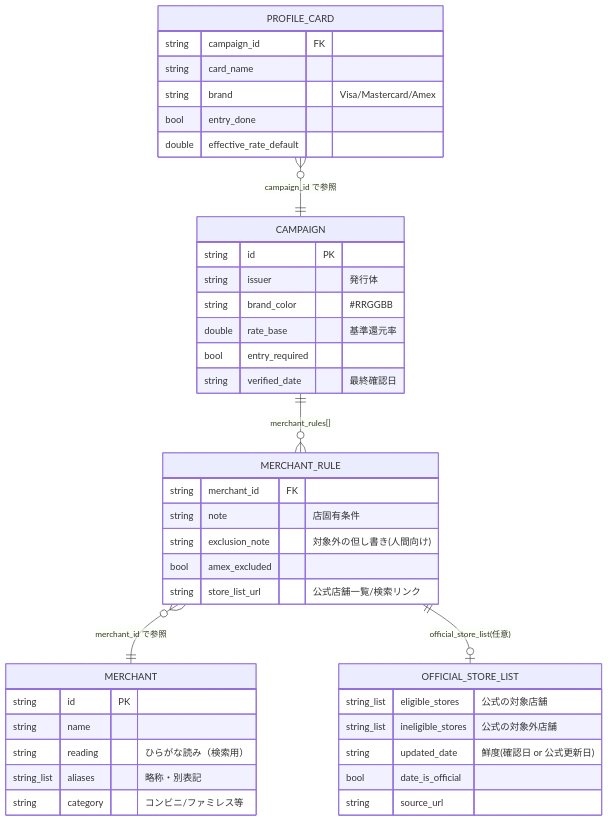
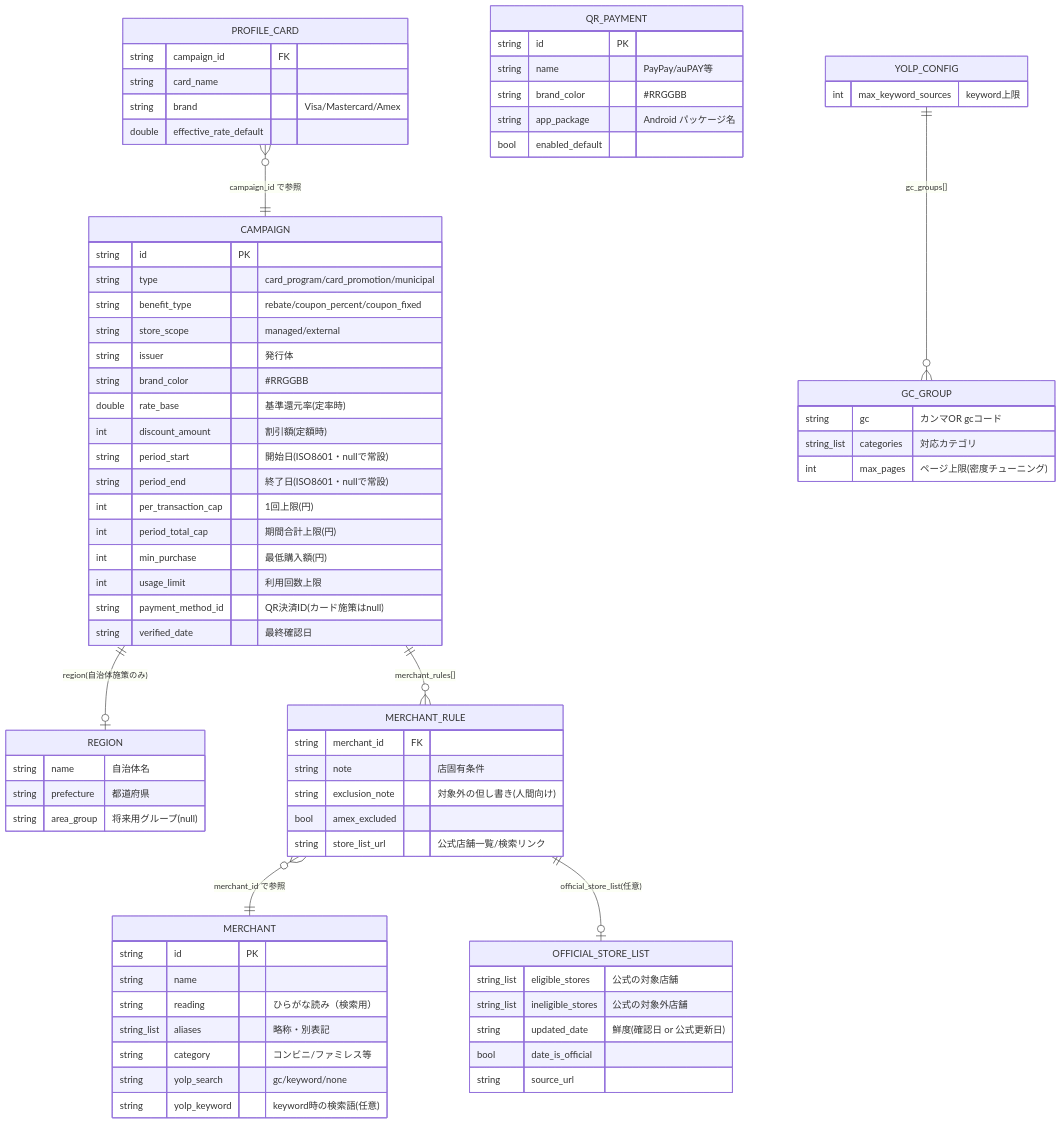
Before and after one commit to ktakjm/poikatsu: the second of 6 diagrams in docs/code-guide.md, drawn with Mermaid. The commit also changed other lines of this file and 10 other files, not shown here.

````diff
--- a/docs/code-guide.md
+++ b/docs/code-guide.md
@@ -126,43 +126,76 @@
 ```mermaid
 erDiagram
     MERCHANT {
         string id PK
         string name
         string reading "ひらがな読み（検索用）"
         string_list aliases "略称・別表記"
         string category "コンビニ/ファミレス等"
+        string yolp_search "gc/keyword/none"
+        string yolp_keyword "keyword時の検索語(任意)"
     }
     CAMPAIGN {
         string id PK
+        string type "card_program/card_promotion/municipal"
+        string benefit_type "rebate/coupon_percent/coupon_fixed"
+        string store_scope "managed/external"
         string issuer "発行体"
         string brand_color "#RRGGBB"
-        double rate_base "基準還元率"
-        bool entry_required
+        double rate_base "基準還元率(定率時)"
+        int discount_amount "割引額(定額時)"
+        string period_start "開始日(ISO8601・nullで常設)"
+        string period_end "終了日(ISO8601・nullで常設)"
+        int per_transaction_cap "1回上限(円)"
+        int period_total_cap "期間合計上限(円)"
+        int min_purchase "最低購入額(円)"
+        int usage_limit "利用回数上限"
+        string payment_method_id "QR決済ID(カード施策はnull)"
         string verified_date "最終確認日"
+    }
+    REGION {
+        string name "自治体名"
+        string prefecture "都道府県"
+        string area_group "将来用グループ(null)"
     }
     MERCHANT_RULE {
         string merchant_id FK
         string note "店固有条件"
         string exclusion_note "対象外の但し書き(人間向け)"
         bool amex_excluded
         string store_list_url "公式店舗一覧/検索リンク"
     }
     OFFICIAL_STORE_LIST {
         string_list eligible_stores "公式の対象店舗"
         string_list ineligible_stores "公式の対象外店舗"
         string updated_date "鮮度(確認日 or 公式更新日)"
         bool date_is_official
         string source_url
     }
     PROFILE_CARD {
         string campaign_id FK
         string card_name
         string brand "Visa/Mastercard/Amex"
-        bool entry_done
         double effective_rate_default
     }
+    QR_PAYMENT {
+        string id PK
+        string name "PayPay/auPAY等"
+        string brand_color "#RRGGBB"
+        string app_package "Android パッケージ名"
+        bool enabled_default
+    }
+    YOLP_CONFIG {
+        int max_keyword_sources "keyword上限"
+    }
+    GC_GROUP {
+        string gc "カンマOR gcコード"
+        string_list categories "対応カテゴリ"
+        int max_pages "ページ上限(密度チューニング)"
+    }
     CAMPAIGN ||--o{ MERCHANT_RULE : "merchant_rules[]"
+    CAMPAIGN ||--o| REGION : "region(自治体施策のみ)"
     MERCHANT_RULE }o--|| MERCHANT : "merchant_id で参照"
     MERCHANT_RULE ||--o| OFFICIAL_STORE_LIST : "official_store_list(任意)"
     PROFILE_CARD }o--|| CAMPAIGN : "campaign_id で参照"
+    YOLP_CONFIG ||--o{ GC_GROUP : "gc_groups[]"
 ```
````
